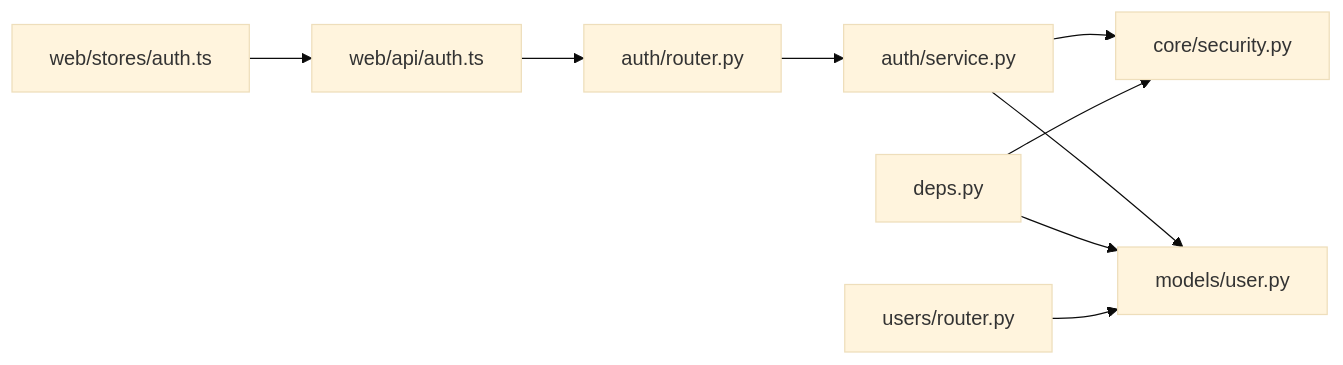
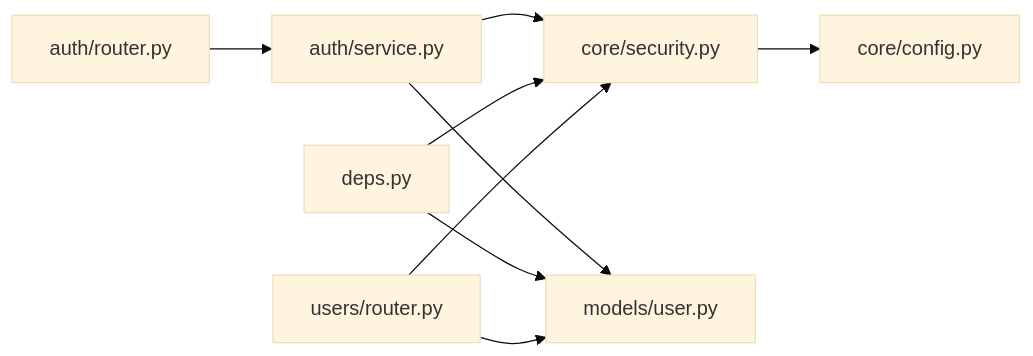
Before and after one commit to selectzhangyuan/AI-photo-coach: the third of 4 diagrams in .qoder/repowiki/zh/content/后端API文档/认证API.md, drawn with Mermaid (base theme). The commit also changed other lines of this file and 128 other files, not shown here.

````diff
--- a/.qoder/repowiki/zh/content/后端API文档/认证API.md
+++ b/.qoder/repowiki/zh/content/后端API文档/认证API.md
@@ -325,11 +295,11 @@
 ```mermaid
 graph LR
 Router["auth/router.py"] --> Service["auth/service.py"]
 Service --> Security["core/security.py"]
 Service --> User["models/user.py"]
-Deps["deps.py"] --> Security
-Deps --> User
-UsersRouter["users/router.py"] --> User
-Front["web/api/auth.ts"] --> Router
-FrontStore["web/stores/auth.ts"] --> Front
+Security --> Config["core/config.py"]
+Middleware["deps.py"] --> Security
+Middleware --> User
+UsersRouter["users/router.py"] --> Security
+UsersRouter --> User
 ```
````
